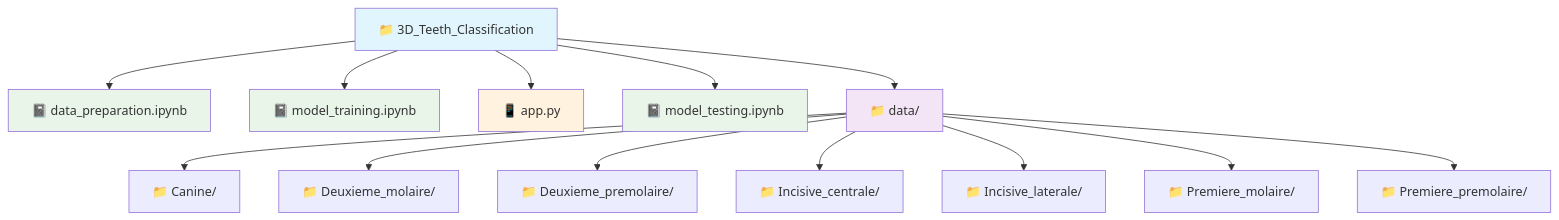
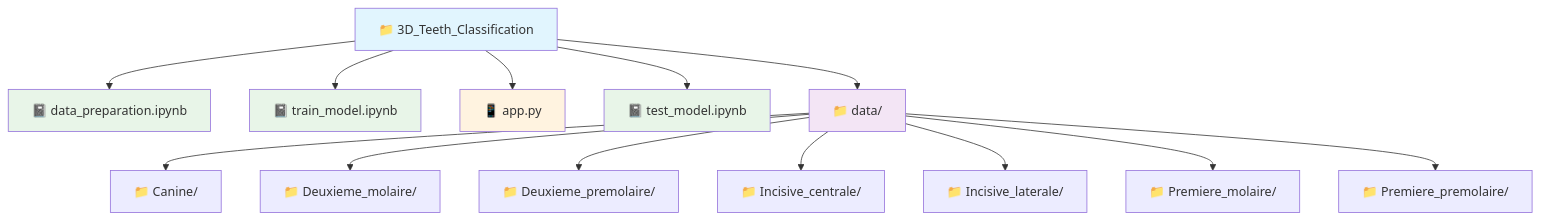
Before and after one commit to Abdelilah04116/Classification_dents_3D: the diagram in README.md, drawn with Mermaid.

````diff
--- a/README.md
+++ b/README.md
@@ -74,23 +74,23 @@
 ```mermaid
 graph TD
     A["📁 3D_Teeth_Classification"] --> B["📓 data_preparation.ipynb"]
-    A --> C["📓 model_training.ipynb"]
+    A --> C["📓 train_model.ipynb"]
     A --> D["📱 app.py"]
-    A --> E["📓 model_testing.ipynb"]
+    A --> E["📓 test_model.ipynb"]
     A --> F["📁 data/"]
     
     F --> G["📁 Canine/"]
     F --> H["📁 Deuxieme_molaire/"]
     F --> I["📁 Deuxieme_premolaire/"]
     F --> J["📁 Incisive_centrale/"]
     F --> K["📁 Incisive_laterale/"]
     F --> L["📁 Premiere_molaire/"]
     F --> M["📁 Premiere_premolaire/"]
     
     style A fill:#e1f5fe
     style F fill:#f3e5f5
     style B fill:#e8f5e8
     style C fill:#e8f5e8
     style D fill:#fff3e0
     style E fill:#e8f5e8
 ```
````
